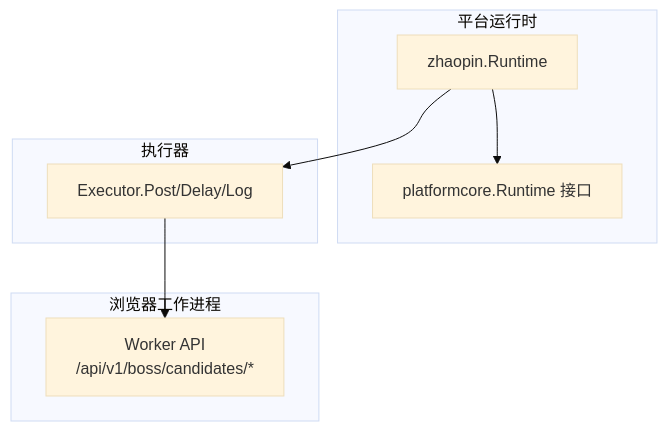
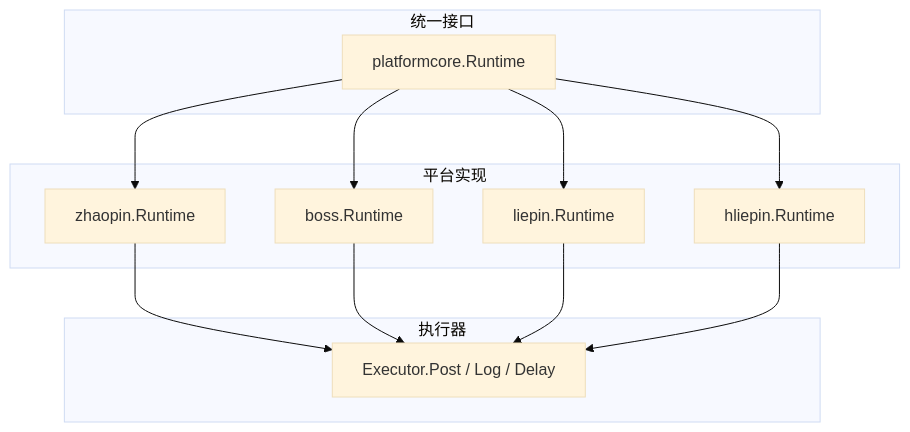
Before and after one commit to alvinwangzi/goodhr: the first of 3 diagrams in .qoder/repowiki/zh/content/本地执行器/平台适配器/智联招聘适配器/运行时环境.md, drawn with Mermaid (base theme). The commit also changed other lines of this file and 149 other files, not shown here.

````diff
--- a/.qoder/repowiki/zh/content/本地执行器/平台适配器/智联招聘适配器/运行时环境.md
+++ b/.qoder/repowiki/zh/content/本地执行器/平台适配器/智联招聘适配器/运行时环境.md
@@ -42,16 +40,23 @@
 ```mermaid
 graph TB
-subgraph "平台运行时"
+subgraph "统一接口"
+PC["platformcore.Runtime"]
+end
+subgraph "平台实现"
 ZR["zhaopin.Runtime"]
-PC["platformcore.Runtime 接口"]
+BR["boss.Runtime"]
+LR["liepin.Runtime"]
+HR["hliepin.Runtime"]
 end
 subgraph "执行器"
-EX["Executor.Post/Delay/Log"]
+EX["Executor.Post / Log / Delay"]
 end
-subgraph "浏览器工作进程"
-W["Worker API<br/>/api/v1/boss/candidates/*"]
-end
-ZR --> PC
+PC --> ZR
+PC --> BR
+PC --> LR
+PC --> HR
 ZR --> EX
-EX --> W
+BR --> EX
+LR --> EX
+HR --> EX
 ```
````
